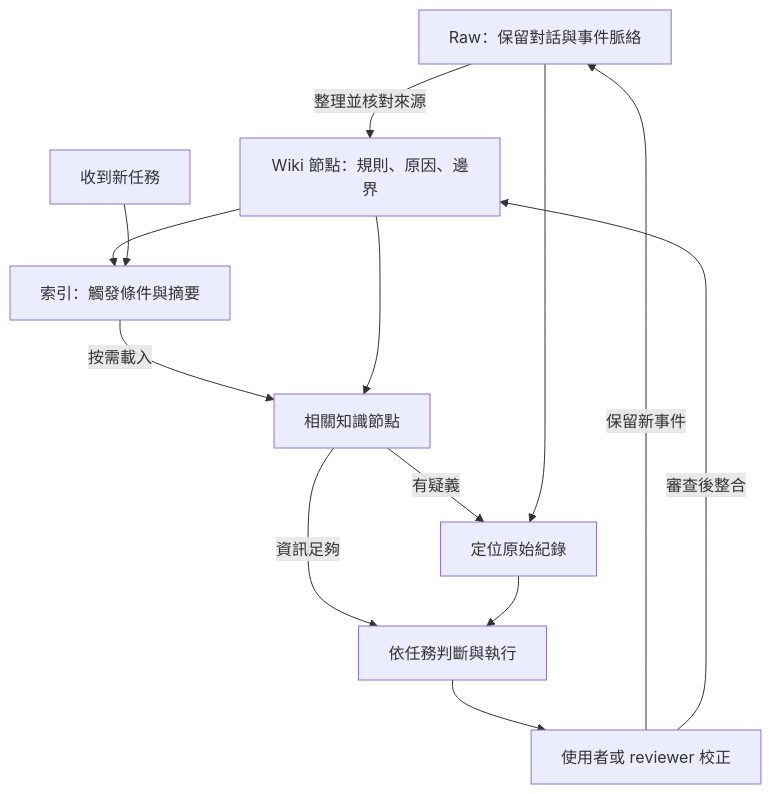
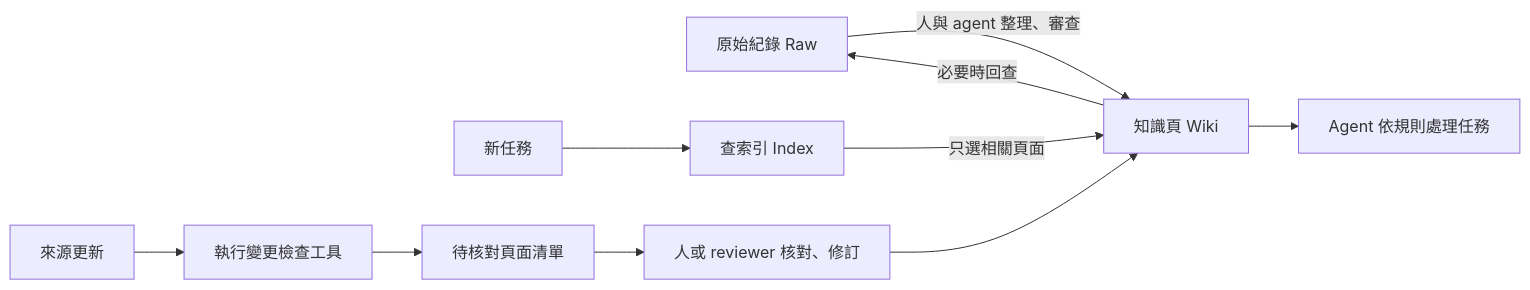
Before and after one commit to minxinchen/wiki-change-impact: the first of 2 diagrams in README.md, drawn with Mermaid. The commit also changed other lines of this file and 8 other files, not shown here.

Commit message:
Clarify agent wiki use case with linked source and maintenance demo

````diff
--- a/README.md
+++ b/README.md
@@ -34,15 +31,12 @@
 ```mermaid
-flowchart TD
-    R[Raw：保留對話與事件脈絡] -->|整理並核對來源| W[Wiki 節點：規則、原因、邊界]
-    W --> I[索引：觸發條件與摘要]
-    T[收到新任務] --> I
-    I -->|按需載入| K[相關知識節點]
-    W --> K
-    K -->|資訊足夠| A[依任務判斷與執行]
-    K -->|有疑義| Q[定位原始紀錄]
-    R --> Q
-    Q --> A
-    A --> F[使用者或 reviewer 校正]
-    F -->|保留新事件| R
-    F -->|審查後整合| W
+flowchart LR
+    R["原始紀錄 Raw"] -->|人與 agent 整理、審查| W["知識頁 Wiki"]
+    T["新任務"] --> I["查索引 Index"]
+    I -->|只選相關頁面| W
+    W -->|必要時回查| R
+    W --> A["Agent 依規則處理任務"]
+    U["來源更新"] --> C["執行變更檢查工具"]
+    C --> L["待核對頁面清單"]
+    L --> H["人或 reviewer 核對、修訂"]
+    H --> W
 ```
````
